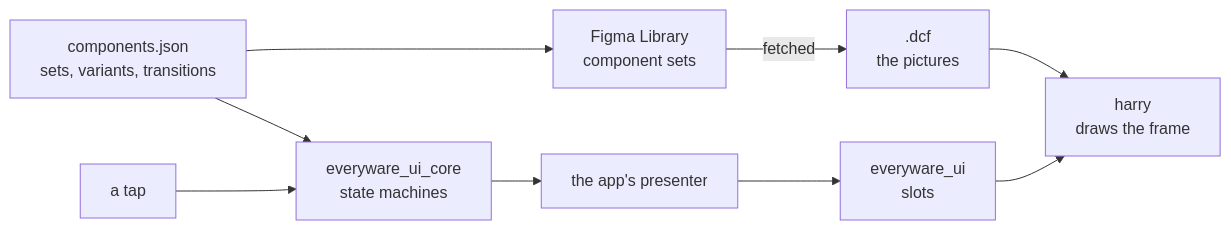
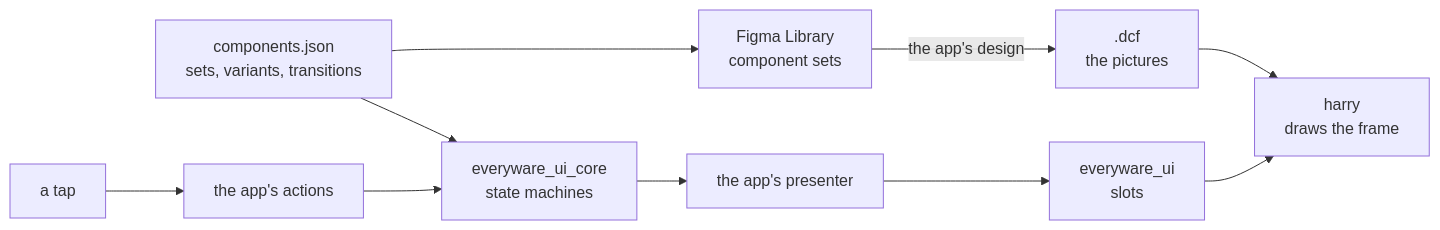
The diagram in README.md (sdv-everyware/ui-lib), drawn with Mermaid before and after one commit. The commit also changed other lines of this file and 9 other files, not shown here.

````diff
--- a/README.md
+++ b/README.md
@@ -139,11 +139,12 @@
 ```mermaid
 flowchart LR
   spec["components.json<br/>sets, variants, transitions"] --> figma["Figma Library<br/>component sets"]
   spec --> core["everyware_ui_core<br/>state machines"]
-  figma -->|fetched| dcf[".dcf<br/>the pictures"]
-  tap["a tap"] --> core
+  figma -->|the app's design| dcf[".dcf<br/>the pictures"]
+  tap["a tap"] --> actions["the app's actions"]
+  actions --> core
   core --> presenter["the app's presenter"]
   presenter --> slot["everyware_ui<br/>slots"]
   slot --> harry["harry<br/>draws the frame"]
   dcf --> harry
 ```
````
